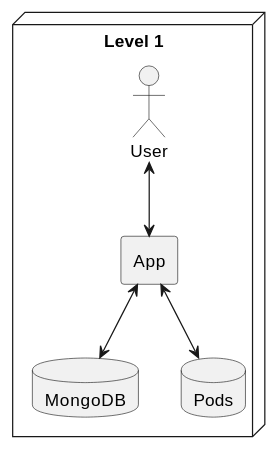
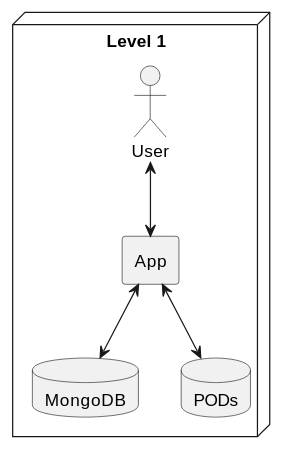
The first of 3 diagrams in webapp/docs/05_building_block_view.adoc (Arquisoft/radarin_es3b), drawn with PlantUML before and after one commit. The commit also changed other lines of this file, not shown here.

```diff
--- a/webapp/docs/05_building_block_view.adoc
+++ b/webapp/docs/05_building_block_view.adoc
@@ -6,14 +6,14 @@
 [plantuml, "block level 1", png]
 ----
 @startuml
 Node "Level 1" {
 actor User
 rectangle App
 database MongoDB
-database Pods
+database PODs
 }
 App <-up->  User
 App <-down-> MongoDB
-App <-down-> Pods
+App <-down-> PODs
 @enduml
 ----
```
